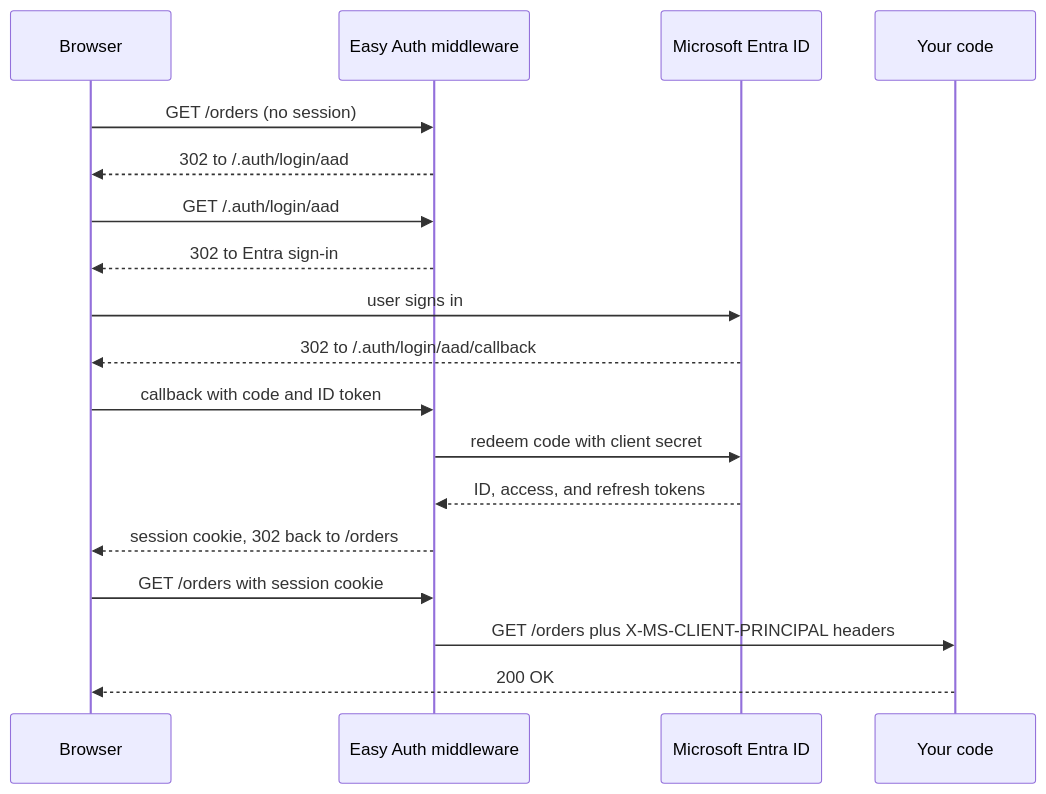
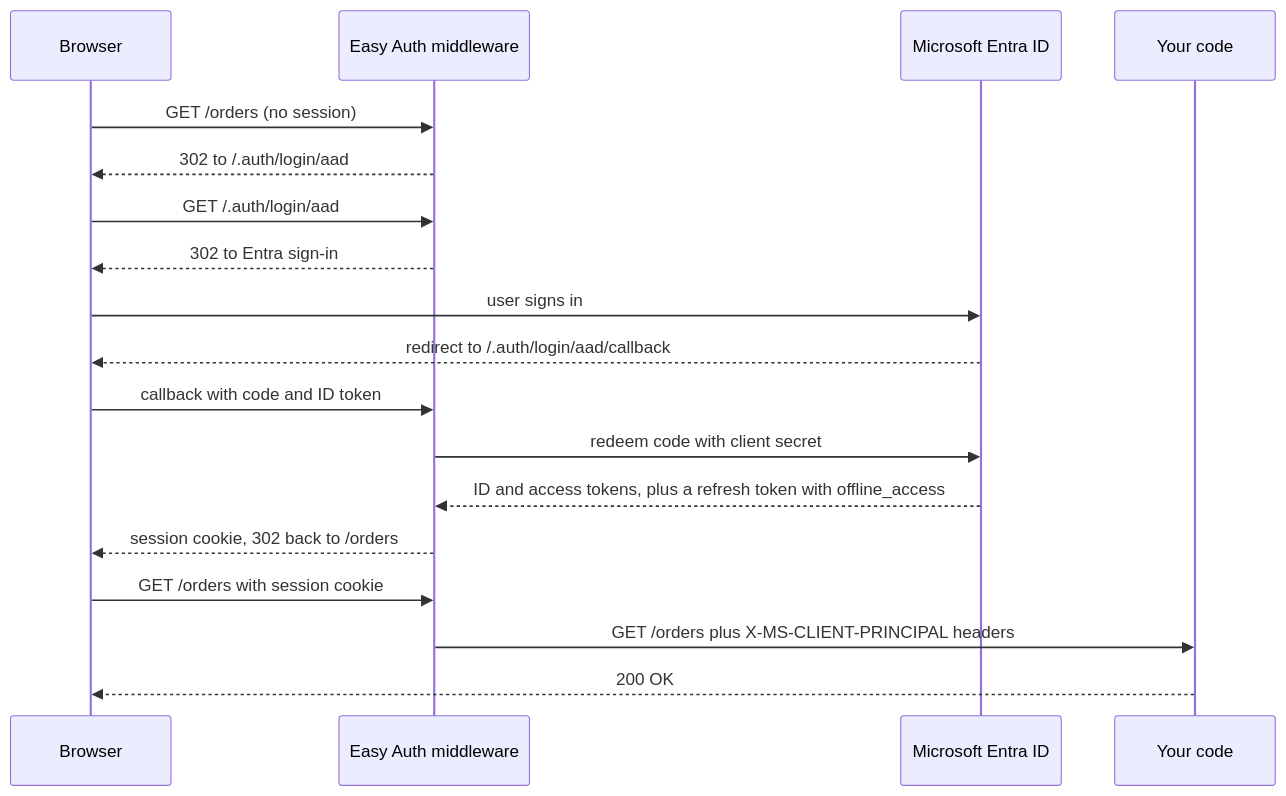
The diagram in docs/04-azure/easy-auth.md (spabolu/system-design-modern), drawn with Mermaid before and after one commit. The commit also changed other lines of this file, not shown here.

First line of the commit message:
Fix Easy Auth role parsing and managed identity steps

````diff
--- a/docs/04-azure/easy-auth.md
+++ b/docs/04-azure/easy-auth.md
@@ -25,20 +25,20 @@
 ```mermaid
 sequenceDiagram
     participant B as Browser
     participant EA as Easy Auth middleware
     participant IDP as Microsoft Entra ID
     participant APP as Your code
     B->>EA: GET /orders (no session)
     EA-->>B: 302 to /.auth/login/aad
     B->>EA: GET /.auth/login/aad
     EA-->>B: 302 to Entra sign-in
     B->>IDP: user signs in
-    IDP-->>B: 302 to /.auth/login/aad/callback
+    IDP-->>B: redirect to /.auth/login/aad/callback
     B->>EA: callback with code and ID token
     EA->>IDP: redeem code with client secret
-    IDP-->>EA: ID, access, and refresh tokens
+    IDP-->>EA: ID and access tokens, plus a refresh token with offline_access
     EA-->>B: session cookie, 302 back to /orders
     B->>EA: GET /orders with session cookie
     EA->>APP: GET /orders plus X-MS-CLIENT-PRINCIPAL headers
     APP-->>B: 200 OK
 ```
````
